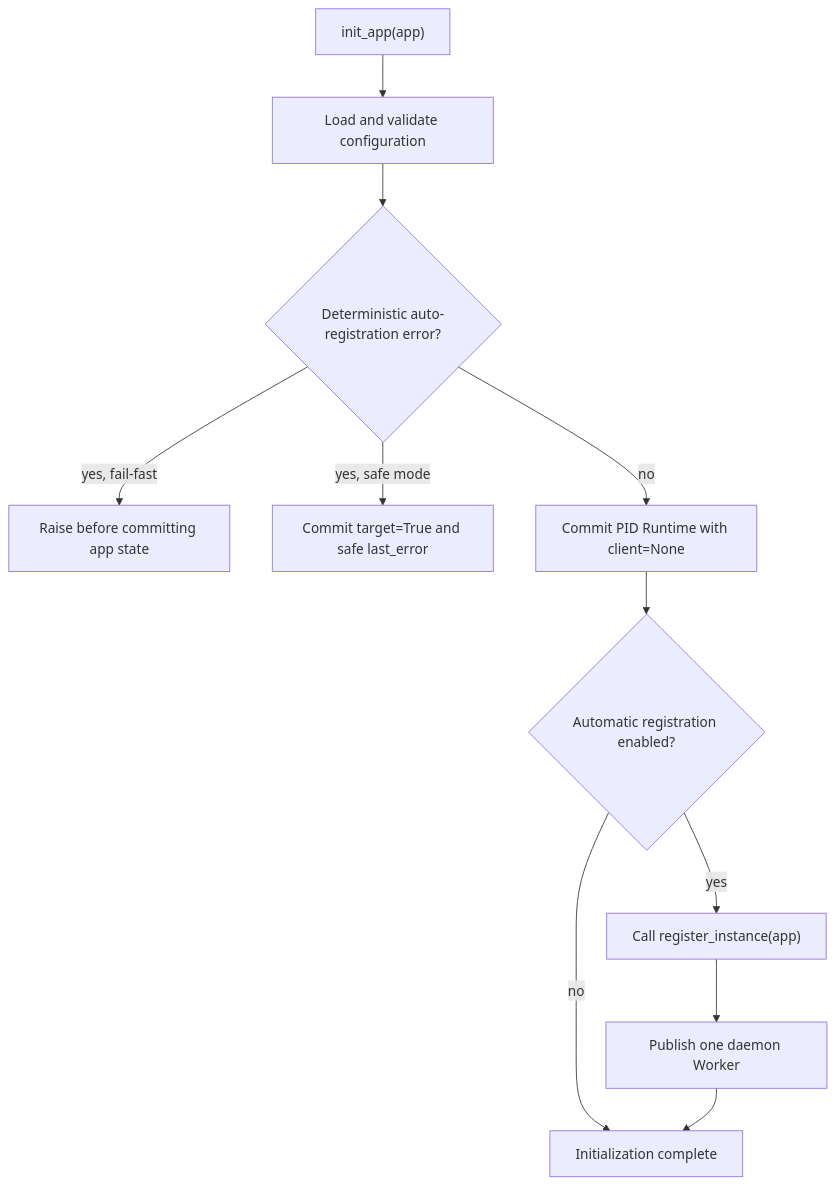
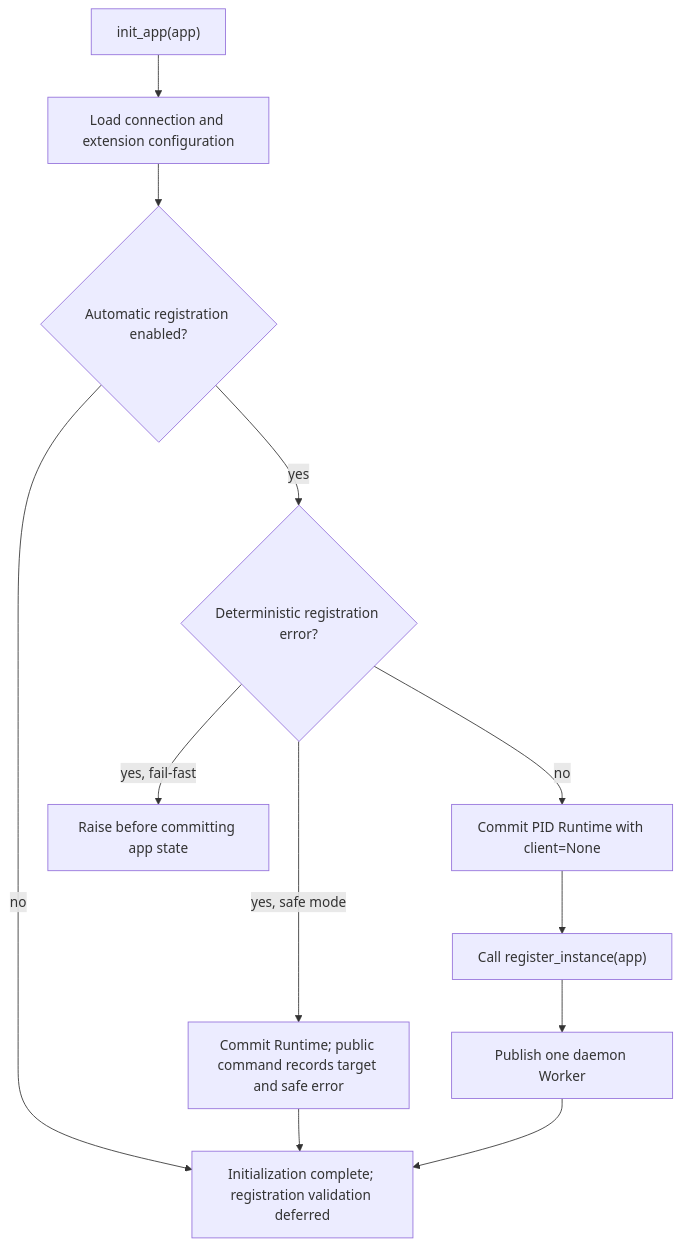
Before and after one commit to pumpkin-nbc/Flask-Nacos: the first of 2 diagrams in docs/service-registration.md, drawn with Mermaid. The commit also changed other lines of this file and 26 other files, not shown here.

````diff
--- a/docs/service-registration.md
+++ b/docs/service-registration.md
@@ -57,13 +62,14 @@
 ```mermaid
 flowchart TD
-    A["init_app(app)"] --> B["Load and validate configuration"]
-    B --> C{"Deterministic auto-registration error?"}
+    A["init_app(app)"] --> B["Load connection and extension configuration"]
+    B --> G{"Automatic registration enabled?"}
+    G -- "no" --> H["Initialization complete; registration validation deferred"]
+    G -- "yes" --> C{"Deterministic registration error?"}
     C -- "yes, fail-fast" --> D["Raise before committing app state"]
-    C -- "yes, safe mode" --> E["Commit target=True and safe last_error"]
+    C -- "yes, safe mode" --> E["Commit Runtime; public command records target and safe error"]
     C -- "no" --> F["Commit PID Runtime with client=None"]
-    F --> G{"Automatic registration enabled?"}
-    G -- "no" --> H["Initialization complete"]
-    G -- "yes" --> I["Call register_instance(app)"]
+    E --> H
+    F --> I["Call register_instance(app)"]
     I --> J["Publish one daemon Worker"]
     J --> H
 ```
````
